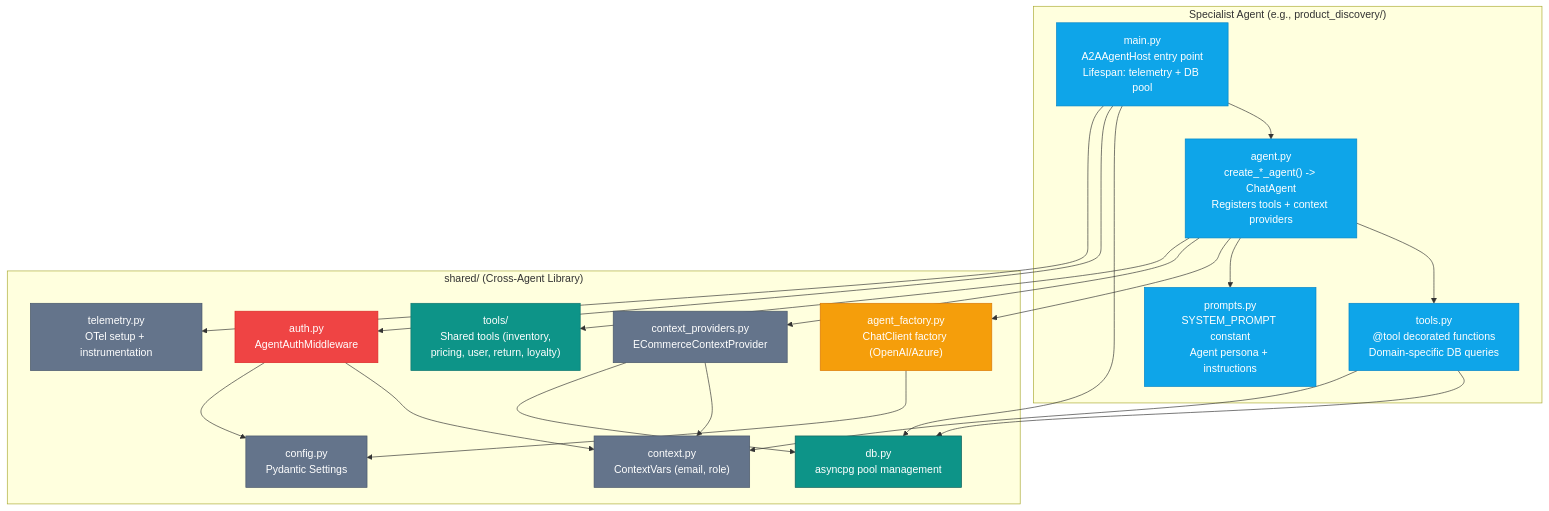
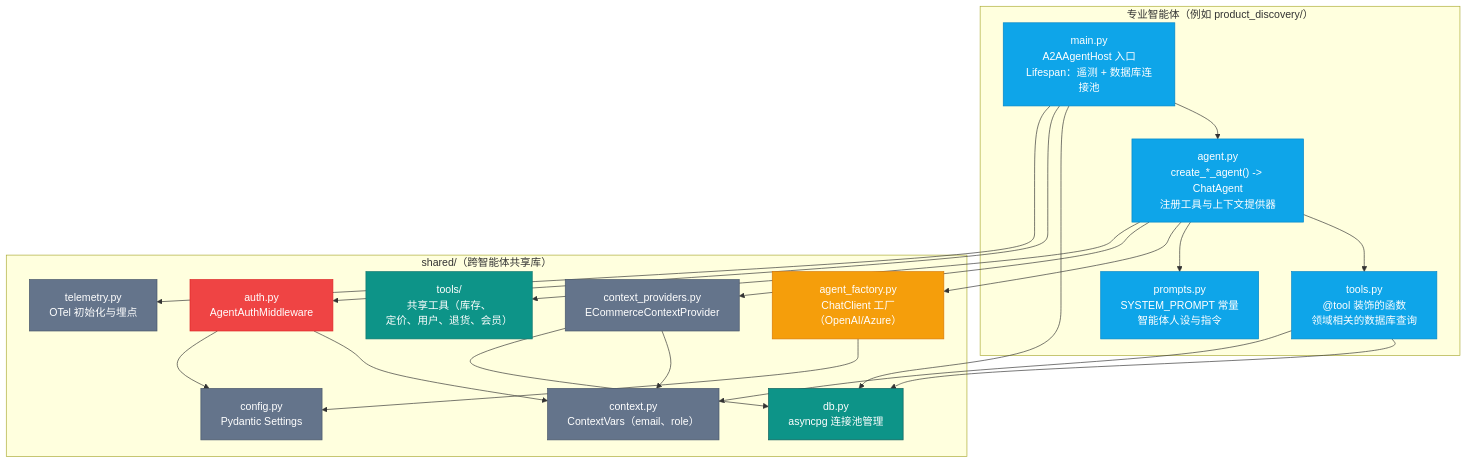
Before and after one commit to s1encisi/reliable-commerce-agents: the third of 7 diagrams in docs/architecture.md, drawn with Mermaid. The commit also changed other lines of this file and 1033 other files, not shown here.

````diff
--- a/docs/architecture.md
+++ b/docs/architecture.md
@@ -142,50 +142,50 @@
 ```mermaid
 graph TB
-    subgraph AgentHost["Specialist Agent (e.g., product_discovery/)"]
-        MAIN["main.py<br/>A2AAgentHost entry point<br/>Lifespan: telemetry + DB pool"]
-        AGENTPY["agent.py<br/>create_*_agent() -> ChatAgent<br/>Registers tools + context providers"]
-        TOOLS["tools.py<br/>@tool decorated functions<br/>Domain-specific DB queries"]
-        PROMPTS["prompts.py<br/>SYSTEM_PROMPT constant<br/>Agent persona + instructions"]
+    subgraph AgentHost["专业智能体（例如 product_discovery/）"]
+        MAIN["main.py<br/>A2AAgentHost 入口<br/>Lifespan：遥测 + 数据库连接池"]
+        AGENTPY["agent.py<br/>create_*_agent() -> ChatAgent<br/>注册工具与上下文提供器"]
+        TOOLS["tools.py<br/>@tool 装饰的函数<br/>领域相关的数据库查询"]
+        PROMPTS["prompts.py<br/>SYSTEM_PROMPT 常量<br/>智能体人设与指令"]
     end
 
-    subgraph SharedLib["shared/ (Cross-Agent Library)"]
+    subgraph SharedLib["shared/（跨智能体共享库）"]
         CONFIG["config.py<br/>Pydantic Settings"]
-        DBMOD["db.py<br/>asyncpg pool management"]
+        DBMOD["db.py<br/>asyncpg 连接池管理"]
         AUTH["auth.py<br/>AgentAuthMiddleware"]
-        CTX["context.py<br/>ContextVars (email, role)"]
+        CTX["context.py<br/>ContextVars（email、role）"]
         CTXPROV["context_providers.py<br/>ECommerceContextProvider"]
-        FACTORY["agent_factory.py<br/>ChatClient factory (OpenAI/Azure)"]
-        TELEM["telemetry.py<br/>OTel setup + instrumentation"]
-        SHARED_TOOLS["tools/<br/>Shared tools (inventory,<br/>pricing, user, return, loyalty)"]
+        FACTORY["agent_factory.py<br/>ChatClient 工厂（OpenAI/Azure）"]
+        TELEM["telemetry.py<br/>OTel 初始化与埋点"]
+        SHARED_TOOLS["tools/<br/>共享工具（库存、<br/>定价、用户、退货、会员）"]
     end
 
     MAIN --> AGENTPY
     MAIN --> DBMOD
     MAIN --> AUTH
     MAIN --> TELEM
     AGENTPY --> TOOLS
     AGENTPY --> PROMPTS
     AGENTPY --> FACTORY
     AGENTPY --> CTXPROV
     AGENTPY --> SHARED_TOOLS
     TOOLS --> DBMOD
     TOOLS --> CTX
     CTXPROV --> CTX
     CTXPROV --> DBMOD
     AUTH --> CTX
     AUTH --> CONFIG
     FACTORY --> CONFIG
 
     style MAIN fill:#0ea5e9,stroke:#0284c7,color:#fff
     style AGENTPY fill:#0ea5e9,stroke:#0284c7,color:#fff
     style TOOLS fill:#0ea5e9,stroke:#0284c7,color:#fff
     style PROMPTS fill:#0ea5e9,stroke:#0284c7,color:#fff
     style CONFIG fill:#64748b,stroke:#475569,color:#fff
     style DBMOD fill:#0d9488,stroke:#115e59,color:#fff
     style AUTH fill:#ef4444,stroke:#dc2626,color:#fff
     style CTX fill:#64748b,stroke:#475569,color:#fff
     style CTXPROV fill:#64748b,stroke:#475569,color:#fff
     style FACTORY fill:#f59e0b,stroke:#d97706,color:#fff
     style TELEM fill:#64748b,stroke:#475569,color:#fff
     style SHARED_TOOLS fill:#0d9488,stroke:#0f766e,color:#fff
 ```
````
